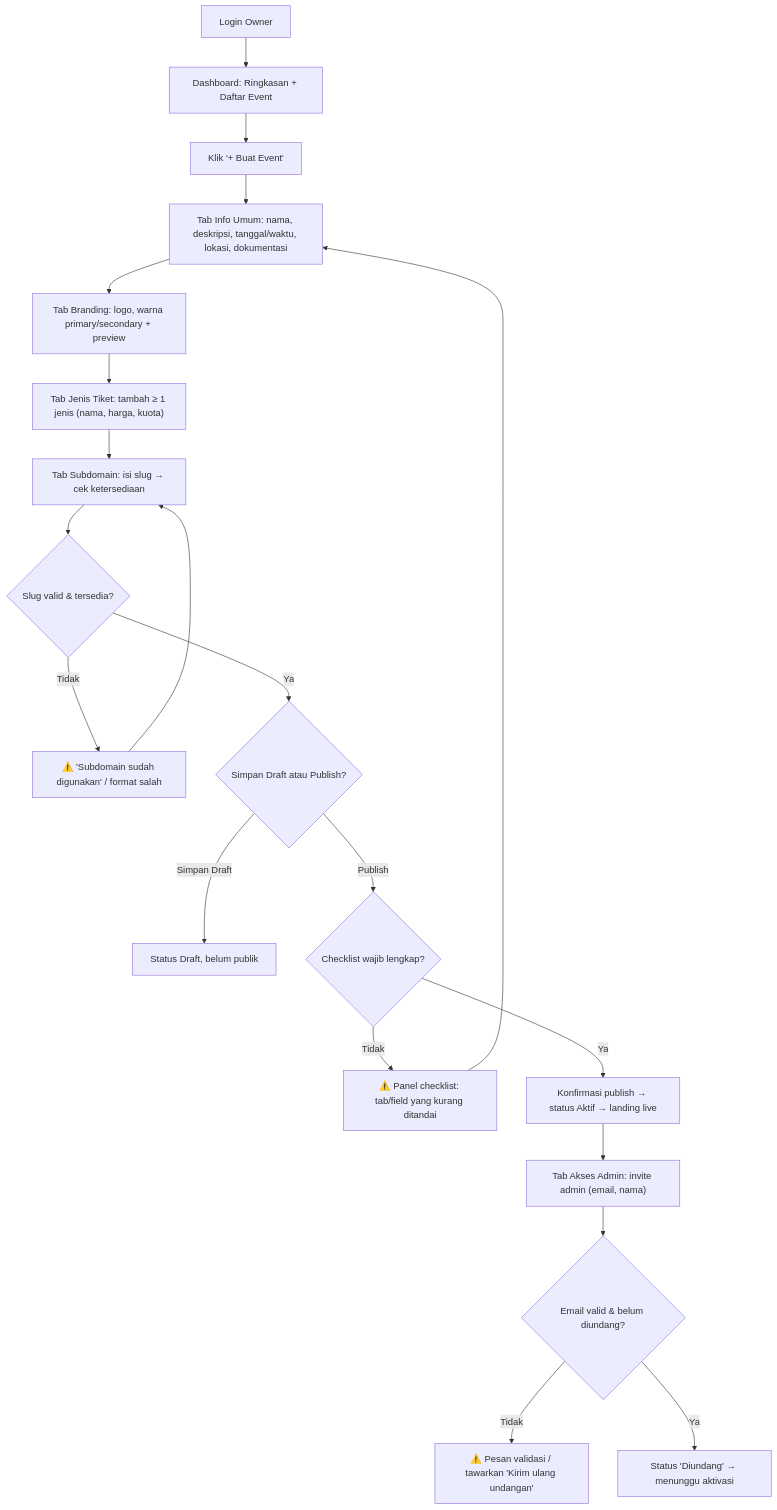
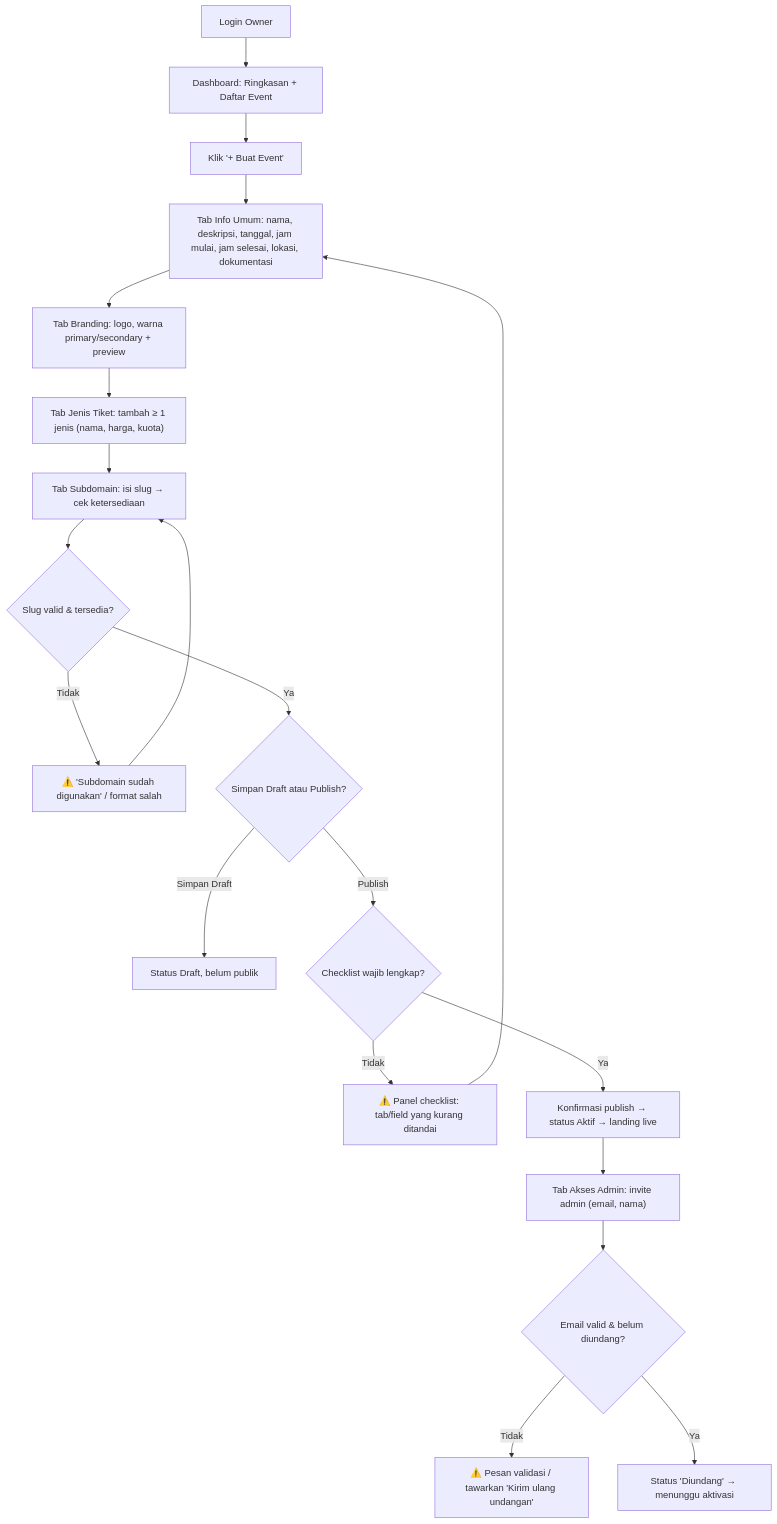
Before and after one commit to your-unclebox/uncle: the fourth of 6 diagrams in UI-UX.md, drawn with Mermaid. The commit also changed other lines of this file and 3 other files, not shown here.

````diff
--- a/UI-UX.md
+++ b/UI-UX.md
@@ -116,22 +120,22 @@
 ```mermaid
 flowchart TD
     A["Login Owner"] --> B["Dashboard: Ringkasan + Daftar Event"]
     B --> C["Klik '+ Buat Event'"]
-    C --> D["Tab Info Umum: nama, deskripsi, tanggal/waktu, lokasi, dokumentasi"]
+    C --> D["Tab Info Umum: nama, deskripsi, tanggal, jam mulai, jam selesai, lokasi, dokumentasi"]
     D --> E["Tab Branding: logo, warna primary/secondary + preview"]
     E --> F["Tab Jenis Tiket: tambah ≥ 1 jenis (nama, harga, kuota)"]
     F --> G["Tab Subdomain: isi slug → cek ketersediaan"]
     G --> G1{"Slug valid & tersedia?"}
     G1 -- "Tidak" --> G2["⚠️ 'Subdomain sudah digunakan' / format salah"]
     G2 --> G
     G1 -- "Ya" --> H{"Simpan Draft atau Publish?"}
     H -- "Simpan Draft" --> H1["Status Draft, belum publik"]
     H -- "Publish" --> I{"Checklist wajib lengkap?"}
     I -- "Tidak" --> I1["⚠️ Panel checklist: tab/field yang kurang ditandai"]
     I1 --> D
     I -- "Ya" --> J["Konfirmasi publish → status Aktif → landing live"]
     J --> K["Tab Akses Admin: invite admin (email, nama)"]
     K --> K1{"Email valid & belum diundang?"}
     K1 -- "Tidak" --> K2["⚠️ Pesan validasi / tawarkan 'Kirim ulang undangan'"]
     K1 -- "Ya" --> K3["Status 'Diundang' → menunggu aktivasi"]
 ```
````
